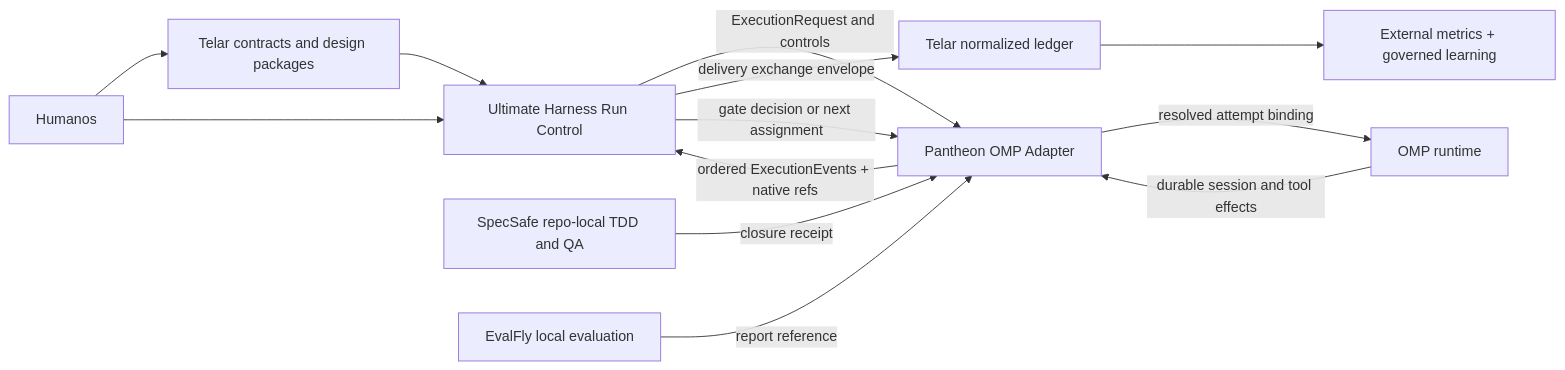
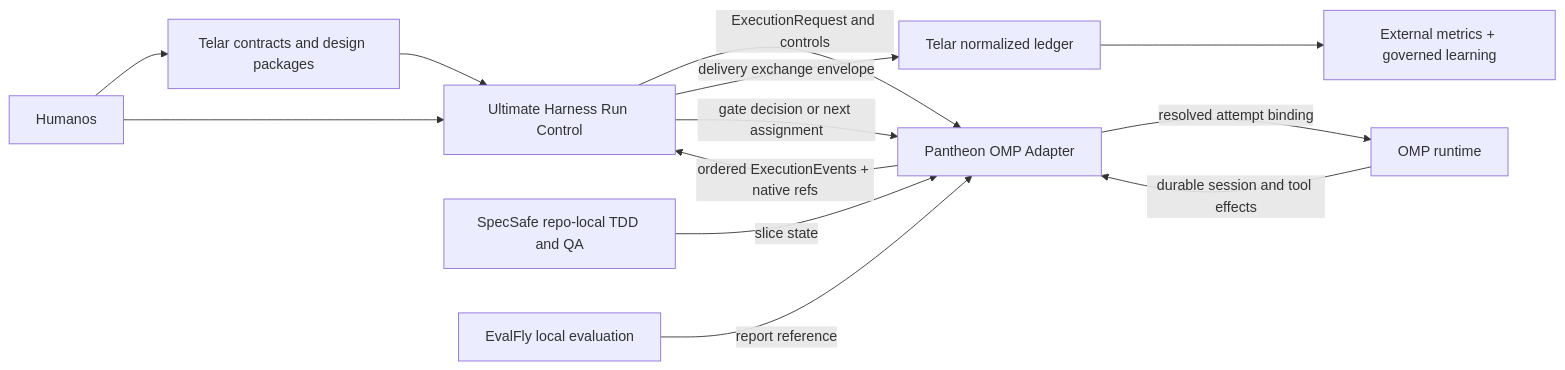
The diagram in docs/telar-integration.md (Agentic-Engineering-Agency/omp-pantheon), drawn with Mermaid before and after one commit. The commit also changed other lines of this file and 57 other files, not shown here.

````diff
--- a/docs/telar-integration.md
+++ b/docs/telar-integration.md
@@ -85,15 +86,15 @@
 ```mermaid
 flowchart LR
     H[Humanos] --> T[Telar contracts and design packages]
     T --> U[Ultimate Harness Run Control]
     H --> U
     U -->|ExecutionRequest and controls| P[Pantheon OMP Adapter]
     P -->|resolved attempt binding| O[OMP runtime]
     O -->|durable session and tool effects| P
-    S[SpecSafe repo-local TDD and QA] -->|closure receipt| P
+    S[SpecSafe repo-local TDD and QA] -->|slice state| P
     E[EvalFly local evaluation] -->|report reference| P
     P -->|ordered ExecutionEvents + native refs| U
     U -->|delivery exchange envelope| L[Telar normalized ledger]
     U -->|gate decision or next assignment| P
     L --> D[External metrics + governed learning]
 ```
````
